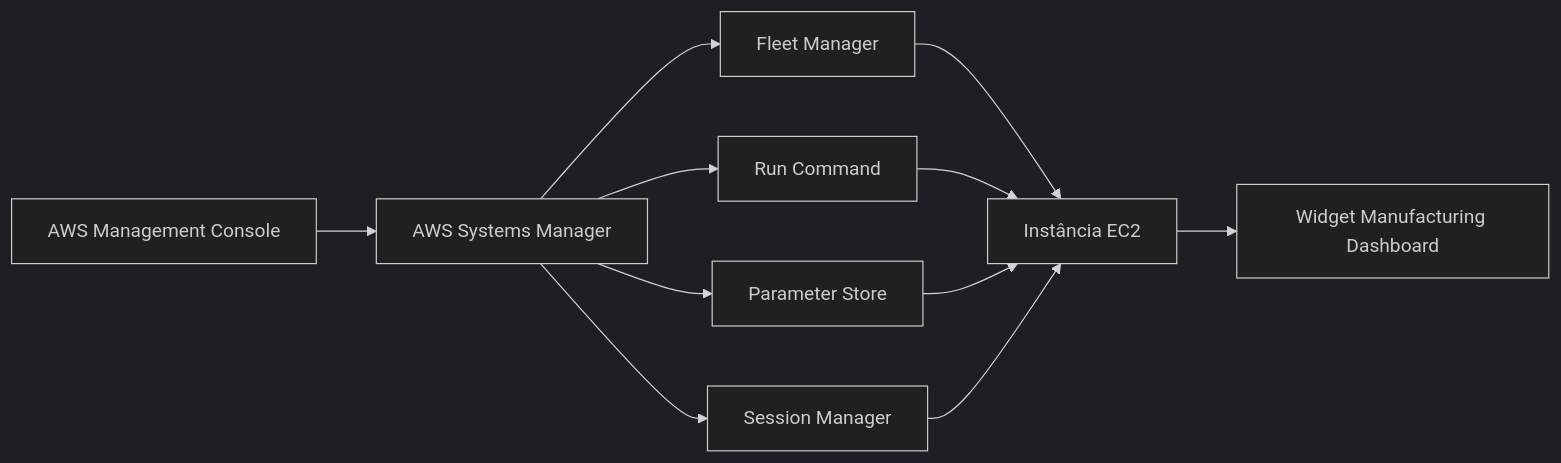
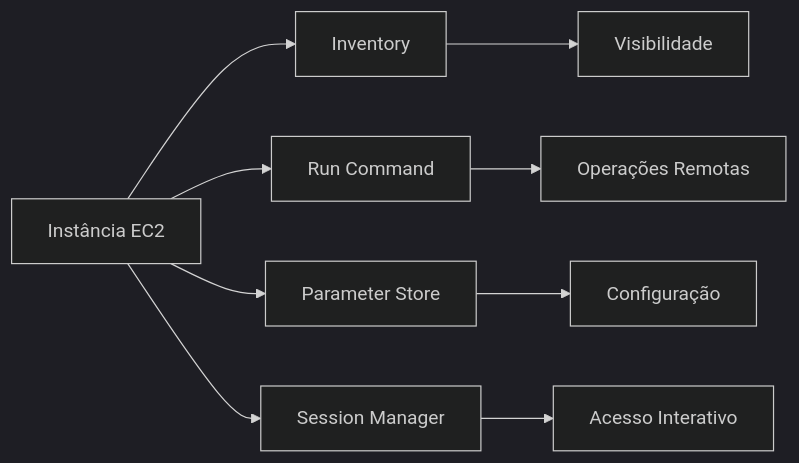
The fourth of 4 diagrams in 05-systems-manager/README.md (laisrdrgs/cloud-labs), drawn with Mermaid (dark theme) before and after one commit. The commit also changed other lines of this file, not shown here.

First line of the commit message:
Revise README for AWS Systems Manager lab clarity

````diff
--- a/05-systems-manager/README.md
+++ b/05-systems-manager/README.md
@@ -186,16 +363,12 @@
-```mermaid
+```mermaid id="u7s8t9"
 flowchart LR
-    A["AWS Management Console"] --> B["AWS Systems Manager"]
+    A["Instância EC2"] --> B["Inventory"]
+    A --> C["Run Command"]
+    A --> D["Parameter Store"]
+    A --> E["Session Manager"]
 
-    B --> C["Fleet Manager"]
-    B --> D["Run Command"]
-    B --> E["Parameter Store"]
-    B --> F["Session Manager"]
-
-    C --> G["Instância EC2"]
-    D --> G
-    E --> G
-    F --> G
-
-    G --> H["Widget Manufacturing Dashboard"]
+    B --> B1["Visibilidade"]
+    C --> C1["Operações Remotas"]
+    D --> D1["Configuração"]
+    E --> E1["Acesso Interativo"]
 ```
````
